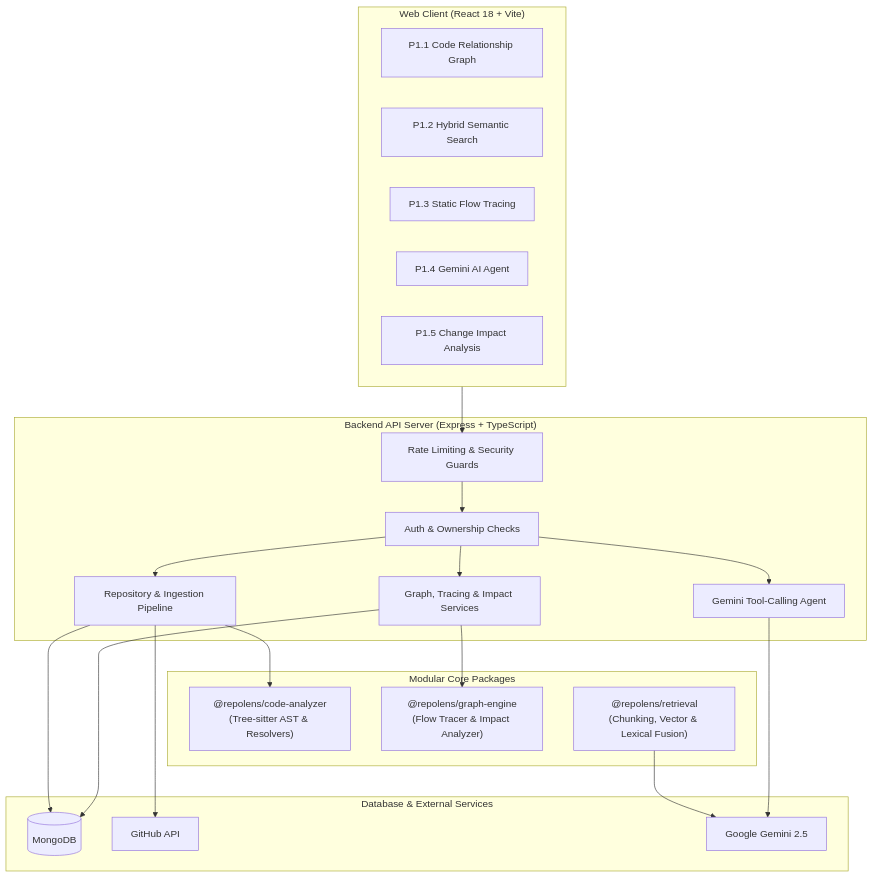
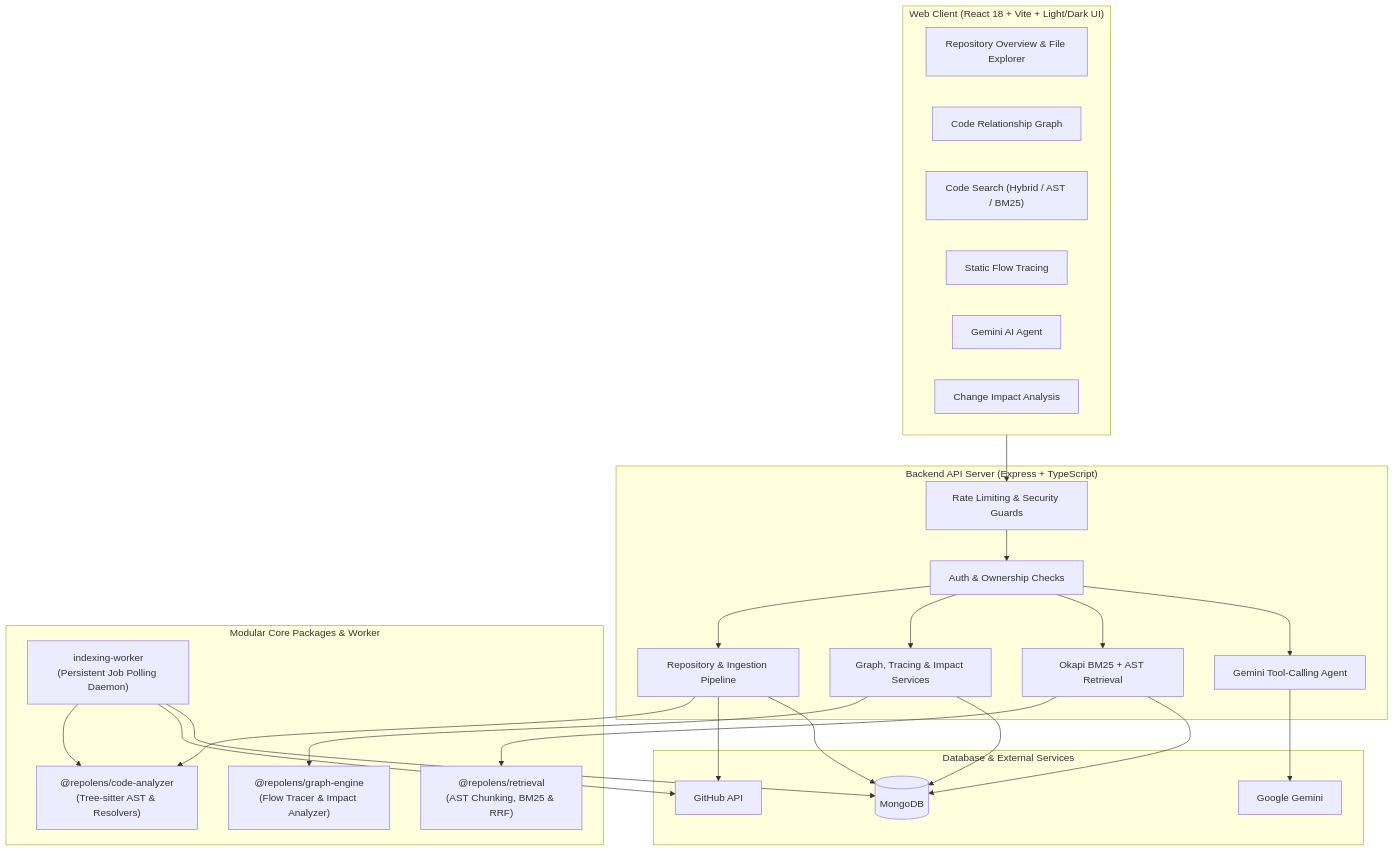
One commit to AdnanIdrisi/RepoLens changed the diagram in README.md. Above: the diagram before and after it, drawn with Mermaid. The commit also changed other lines of this file and 24 other files, not shown here.

Commit message:
feat: add web frontend application and core documentation

````diff
--- a/README.md
+++ b/README.md
@@ -21,45 +21,53 @@
 ```mermaid
 flowchart TD
-    subgraph Frontend ["Web Client (React 18 + Vite)"]
-        GraphUI["P1.1 Code Relationship Graph"]
-        SearchUI["P1.2 Hybrid Semantic Search"]
-        TraceUI["P1.3 Static Flow Tracing"]
-        AgentUI["P1.4 Gemini AI Agent"]
-        ImpactUI["P1.5 Change Impact Analysis"]
+    subgraph Frontend ["Web Client (React 18 + Vite + Light/Dark UI)"]
+        DashUI["Repository Overview & File Explorer"]
+        GraphUI["Code Relationship Graph"]
+        SearchUI["Code Search (Hybrid / AST / BM25)"]
+        TraceUI["Static Flow Tracing"]
+        AgentUI["Gemini AI Agent"]
+        ImpactUI["Change Impact Analysis"]
     end
 
     subgraph API ["Backend API Server (Express + TypeScript)"]
         Gateway["Rate Limiting & Security Guards"]
-        AuthGuard["Auth & Ownership Checks"]
+        Auth["Auth & Ownership Checks"]
         RepoService["Repository & Ingestion Pipeline"]
         EngineServices["Graph, Tracing & Impact Services"]
+        RetrievalService["Okapi BM25 + AST Retrieval"]
         AgentService["Gemini Tool-Calling Agent"]
     end
 
-    subgraph Engines ["Modular Core Packages"]
+    subgraph Engines ["Modular Core Packages & Worker"]
         Analyzer["@repolens/code-analyzer\n(Tree-sitter AST & Resolvers)"]
         GraphEngine["@repolens/graph-engine\n(Flow Tracer & Impact Analyzer)"]
-        Retrieval["@repolens/retrieval\n(Chunking, Vector & Lexical Fusion)"]
+        Retrieval["@repolens/retrieval\n(AST Chunking, BM25 & RRF)"]
+        Worker["indexing-worker\n(Persistent Job Polling Daemon)"]
     end
 
     subgraph Storage ["Database & External Services"]
         Mongo[(MongoDB)]
         GitHubAPI["GitHub API"]
-        GeminiAPI["Google Gemini 2.5"]
+        GeminiAPI["Google Gemini"]
     end
 
     Frontend --> Gateway
-    Gateway --> AuthGuard
-    AuthGuard --> RepoService
-    AuthGuard --> EngineServices
-    AuthGuard --> AgentService
+    Gateway --> Auth
+    Auth --> RepoService
+    Auth --> EngineServices
+    Auth --> RetrievalService
+    Auth --> AgentService
 
     RepoService --> Analyzer
+    Worker --> Analyzer
     EngineServices --> GraphEngine
-    Retrieval --> GeminiAPI
+    RetrievalService --> Retrieval
     AgentService --> GeminiAPI
     RepoService --> GitHubAPI
+    Worker --> GitHubAPI
 
     RepoService --> Mongo
+    Worker --> Mongo
     EngineServices --> Mongo
+    RetrievalService --> Mongo
 ```
````
